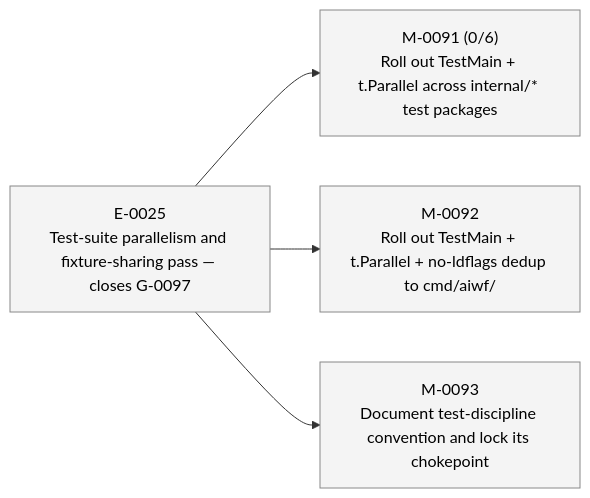
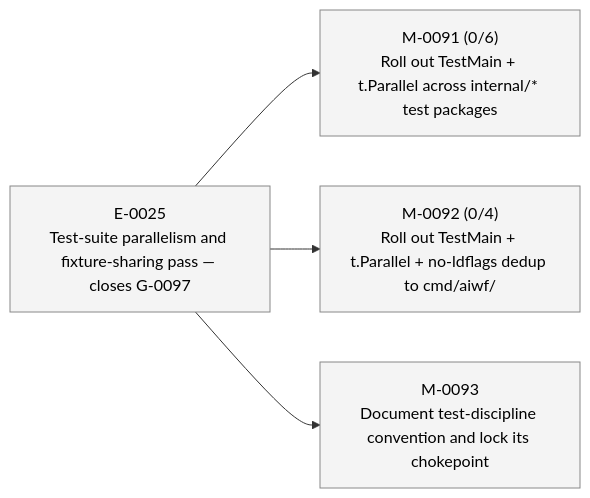
The second of 2 diagrams in STATUS.md (23min/aiwf), drawn with Mermaid before and after one commit. The commit also changed other lines of this file and 1 other file, not shown here.

First line of the commit message:
aiwf add ac M-0092 AC-1..AC-4 (4 criteria)

````diff
--- a/STATUS.md
+++ b/STATUS.md
@@ -47,16 +47,16 @@
 ```mermaid
 flowchart LR
   E_0025["E-0025<br/>Test-suite parallelism and fixture-sharing pass — closes G-0097"]:::epic_proposed
   M_0091["M-0091 (0/6)<br/>Roll out TestMain + t.Parallel across internal/* test packages"]:::ms_draft
   E_0025 --> M_0091
-  M_0092["M-0092<br/>Roll out TestMain + t.Parallel + no-ldflags dedup to cmd/aiwf/"]:::ms_draft
+  M_0092["M-0092 (0/4)<br/>Roll out TestMain + t.Parallel + no-ldflags dedup to cmd/aiwf/"]:::ms_draft
   E_0025 --> M_0092
   M_0093["M-0093<br/>Document test-discipline convention and lock its chokepoint"]:::ms_draft
   E_0025 --> M_0093
   classDef epic_active fill:#d6eaff,stroke:#1a73e8,color:#000
   classDef epic_proposed fill:#f4f4f4,stroke:#888,color:#000
   classDef ms_done fill:#d8f5d8,stroke:#2a8a2a,color:#000
   classDef ms_in_progress fill:#fff3c4,stroke:#caa400,color:#000
   classDef ms_draft fill:#f4f4f4,stroke:#888,color:#000
   classDef ms_cancelled fill:#fbeaea,stroke:#c33,color:#000
 ```
````
